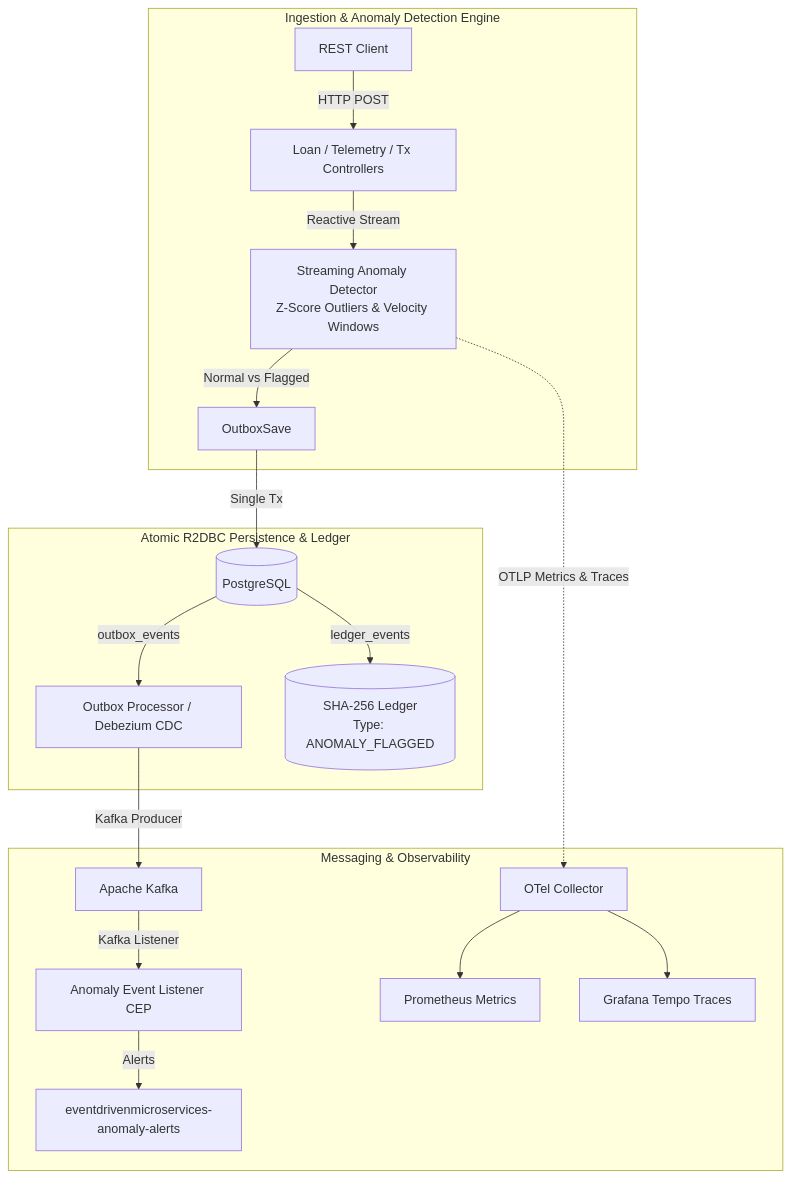
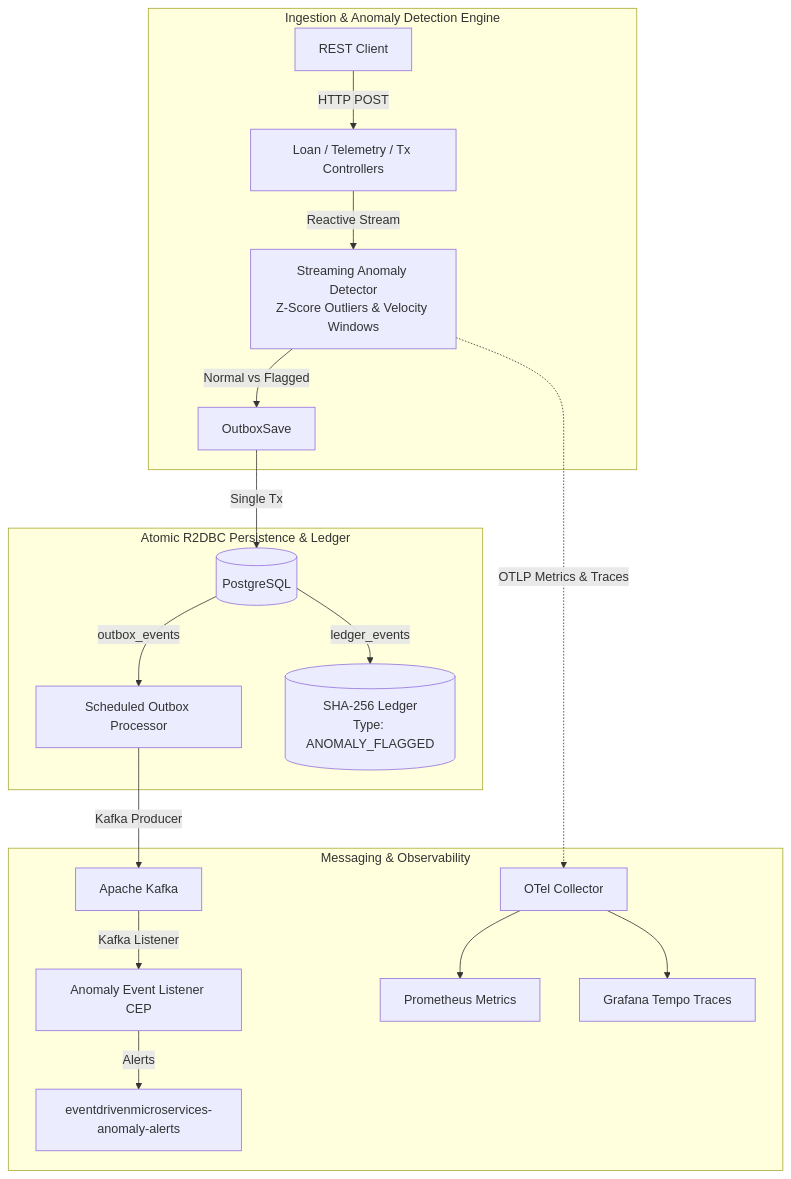
The diagram in README.md (andreruizdev/event-driven-platform), drawn with Mermaid before and after one commit. The commit also changed other lines of this file and 17 other files, not shown here.

````diff
--- a/README.md
+++ b/README.md
@@ -16,24 +13,24 @@
 ```mermaid
 flowchart TD
     subgraph Ingestion & Anomaly Detection Engine
         Client[REST Client] -->|HTTP POST| Controller[Loan / Telemetry / Tx Controllers]
         Controller -->|Reactive Stream| Engine[Streaming Anomaly Detector<br/>Z-Score Outliers & Velocity Windows]
         Engine -->|Normal vs Flagged| OutboxSave
     end
 
     subgraph Atomic R2DBC Persistence & Ledger
         OutboxSave -->|Single Tx| DB[(PostgreSQL)]
-        DB -->|outbox_events| Poller[Outbox Processor / Debezium CDC]
+      DB -->|outbox_events| Poller[Scheduled Outbox Processor]
         DB -->|ledger_events| Ledger[(SHA-256 Ledger<br/>Type: ANOMALY_FLAGGED)]
     end
 
     subgraph Messaging & Observability
         Poller -->|Kafka Producer| Kafka[Apache Kafka]
         Kafka -->|Kafka Listener| CEP[Anomaly Event Listener CEP]
         CEP -->|Alerts| AlertTopic[eventdrivenmicroservices-anomaly-alerts]
 
         Engine -.->|OTLP Metrics & Traces| OTel[OTel Collector]
         OTel --> Prometheus[Prometheus Metrics]
         OTel --> Tempo[Grafana Tempo Traces]
     end
 ```
````
